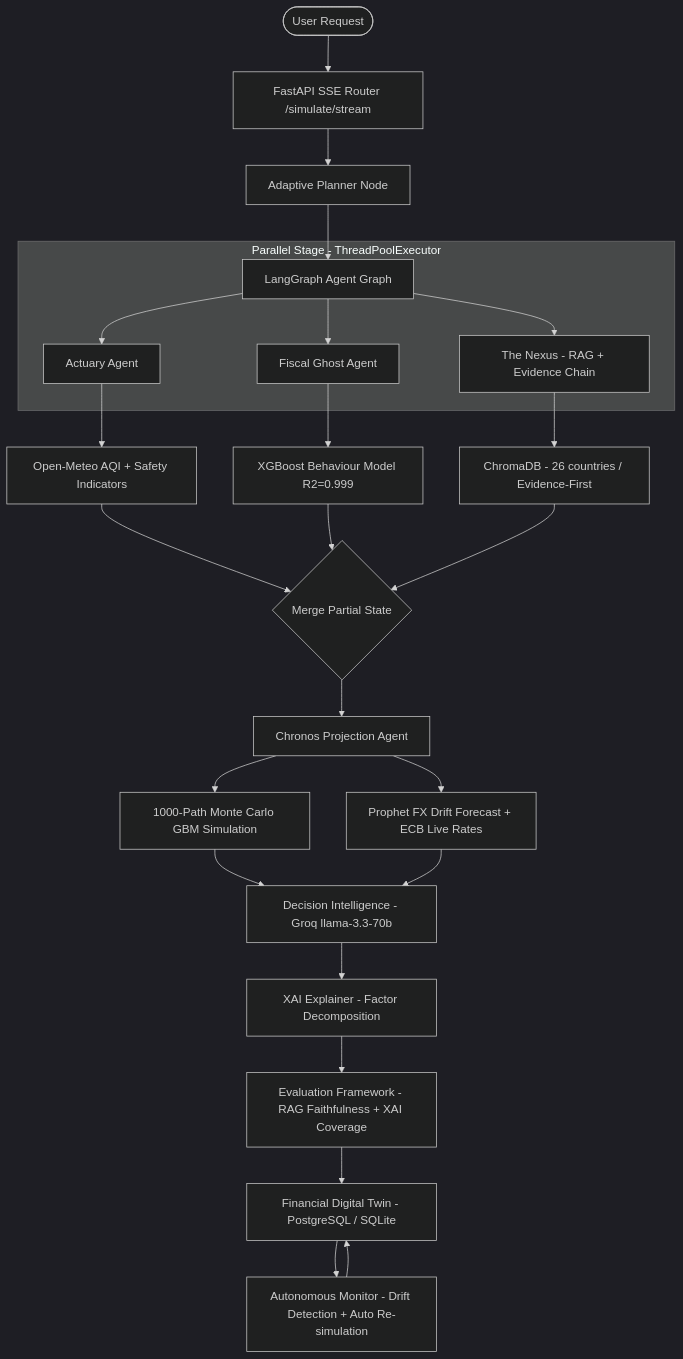
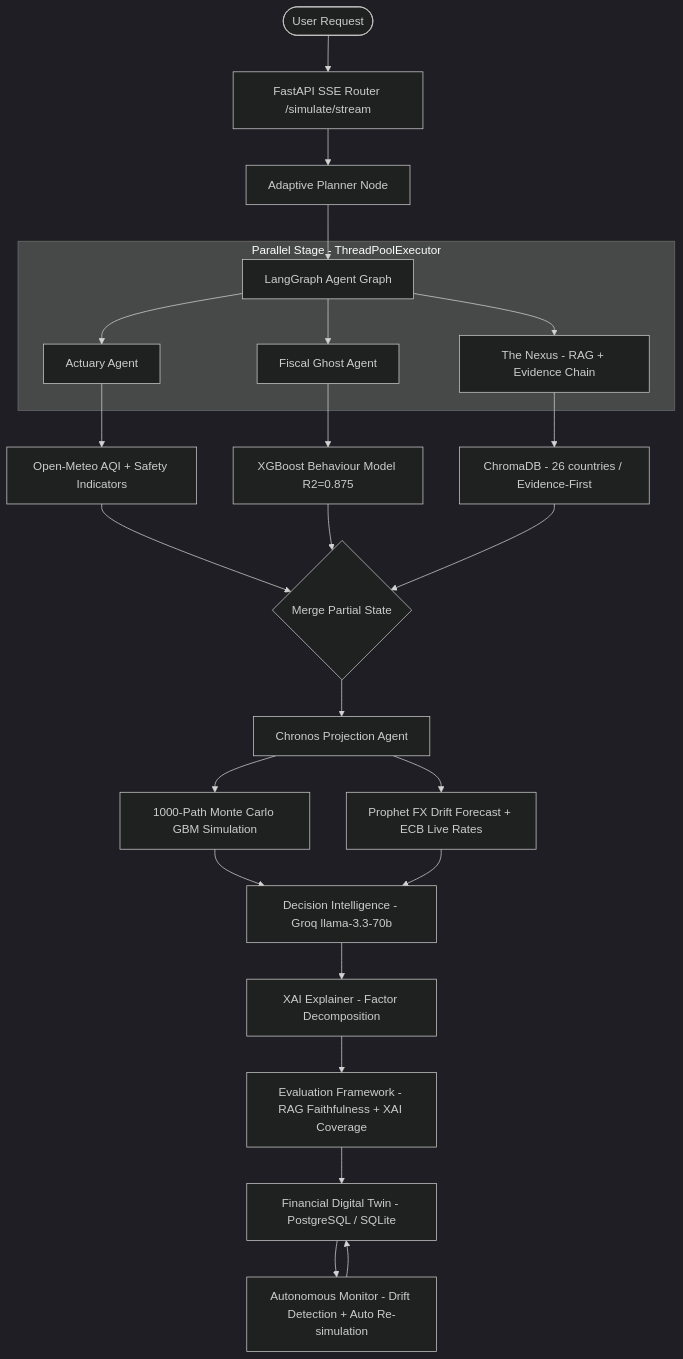
The diagram in README.md (Mihir-Patel24/Equinox_Nexus), drawn with Mermaid (dark theme) before and after one commit. The commit also changed 1 other file, not shown here.

Commit message:
readme file updated

````diff
--- a/README.md
+++ b/README.md
@@ -32,34 +32,34 @@
 ```mermaid
 graph TD
     User([User Request]) --> SSE[FastAPI SSE Router /simulate/stream]
     SSE --> Planner["Adaptive Planner Node"]
     Planner --> Graph[LangGraph Agent Graph]
 
     subgraph Parallel["Parallel Stage - ThreadPoolExecutor"]
         Graph --> Actuary["Actuary Agent"]
         Graph --> Fiscal["Fiscal Ghost Agent"]
         Graph --> Nexus["The Nexus - RAG + Evidence Chain"]
     end
 
     Actuary --> AQI["Open-Meteo AQI + Safety Indicators"]
-    Fiscal --> BehaviourModel["XGBoost Behaviour Model R2=0.999"]
+    Fiscal --> BehaviourModel["XGBoost Behaviour Model R2=0.875"]
     Nexus --> VectorDB["ChromaDB - 26 countries / Evidence-First"]
 
     Parallel_Done{Merge Partial State}
     AQI --> Parallel_Done
     BehaviourModel --> Parallel_Done
     VectorDB --> Parallel_Done
 
     Parallel_Done --> Chronos["Chronos Projection Agent"]
     Chronos --> MC["1000-Path Monte Carlo GBM Simulation"]
     Chronos --> Prophet["Prophet FX Drift Forecast + ECB Live Rates"]
 
     MC --> DI["Decision Intelligence - Groq llama-3.3-70b"]
     Prophet --> DI
 
     DI --> XAI["XAI Explainer - Factor Decomposition"]
     XAI --> Evaluator["Evaluation Framework - RAG Faithfulness + XAI Coverage"]
     Evaluator --> Twin["Financial Digital Twin - PostgreSQL / SQLite"]
     Twin --> Monitor["Autonomous Monitor - Drift Detection + Auto Re-simulation"]
     Monitor --> Twin
 ```
````
